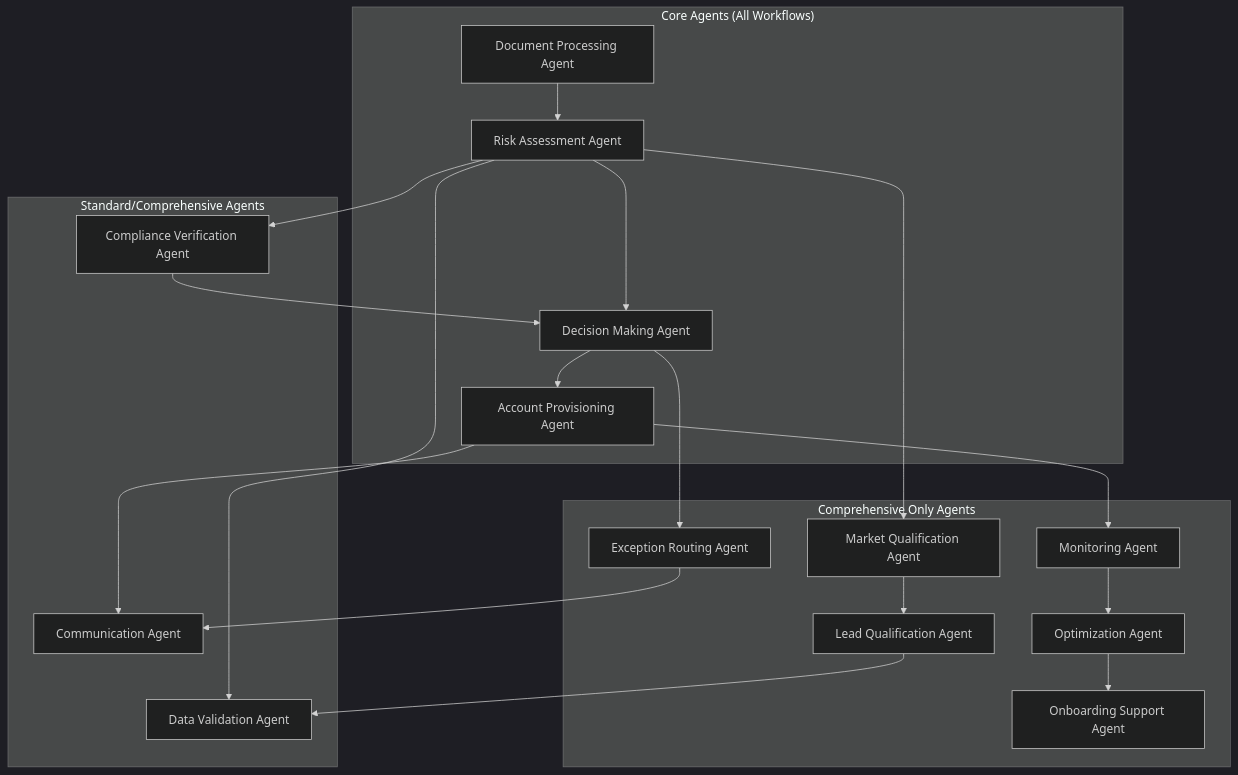
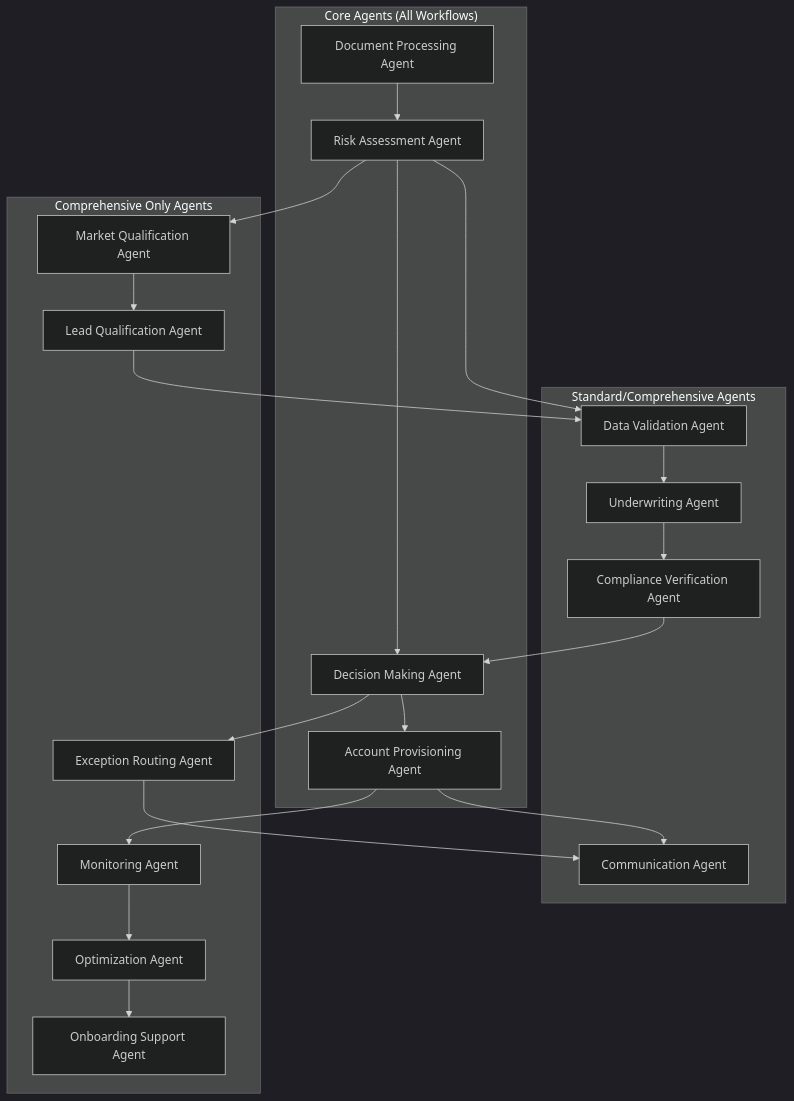
Before and after one commit to rishi154/merchant-onboarding: the second of 11 diagrams in merchant-onboarding/AI_Agent_Architecture_Diagrams.md, drawn with Mermaid (dark theme). The commit also changed other lines of this file and 21 other files, not shown here.

````diff
--- a/merchant-onboarding/AI_Agent_Architecture_Diagrams.md
+++ b/merchant-onboarding/AI_Agent_Architecture_Diagrams.md
@@ -35,42 +35,44 @@
 ```mermaid
 graph TB
     subgraph "Core Agents (All Workflows)"
         A1[Document Processing Agent]
         A2[Risk Assessment Agent]
         A3[Decision Making Agent]
         A4[Account Provisioning Agent]
     end
     
     subgraph "Standard/Comprehensive Agents"
         A5[Data Validation Agent]
-        A6[Compliance Verification Agent]
-        A7[Communication Agent]
+        A6[Underwriting Agent]
+        A7[Compliance Verification Agent]
+        A8[Communication Agent]
     end
     
     subgraph "Comprehensive Only Agents"
-        A8[Market Qualification Agent]
-        A9[Lead Qualification Agent]
-        A10[Exception Routing Agent]
-        A11[Monitoring Agent]
-        A12[Optimization Agent]
-        A13[Onboarding Support Agent]
+        A9[Market Qualification Agent]
+        A10[Lead Qualification Agent]
+        A11[Exception Routing Agent]
+        A12[Monitoring Agent]
+        A13[Optimization Agent]
+        A14[Onboarding Support Agent]
     end
     
     A1 --> A2
     A2 --> A3
     A3 --> A4
     
     A2 --> A5
-    A2 --> A6
-    A6 --> A3
-    A4 --> A7
+    A5 --> A6
+    A6 --> A7
+    A7 --> A3
+    A4 --> A8
     
-    A2 --> A8
-    A8 --> A9
-    A9 --> A5
-    A3 --> A10
-    A10 --> A7
-    A4 --> A11
-    A11 --> A12
+    A2 --> A9
+    A9 --> A10
+    A10 --> A5
+    A3 --> A11
+    A11 --> A8
+    A4 --> A12
     A12 --> A13
+    A13 --> A14
 ```
````
